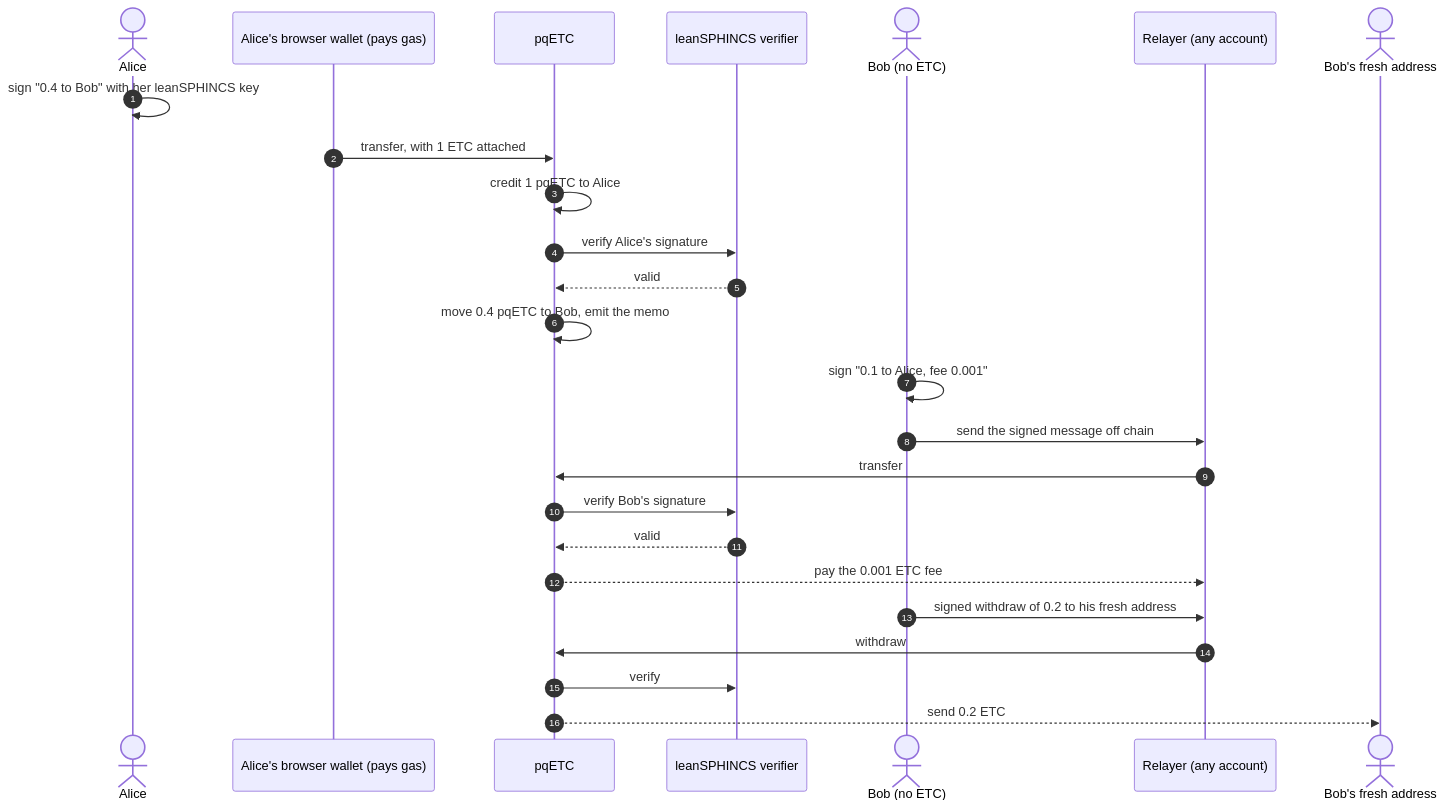
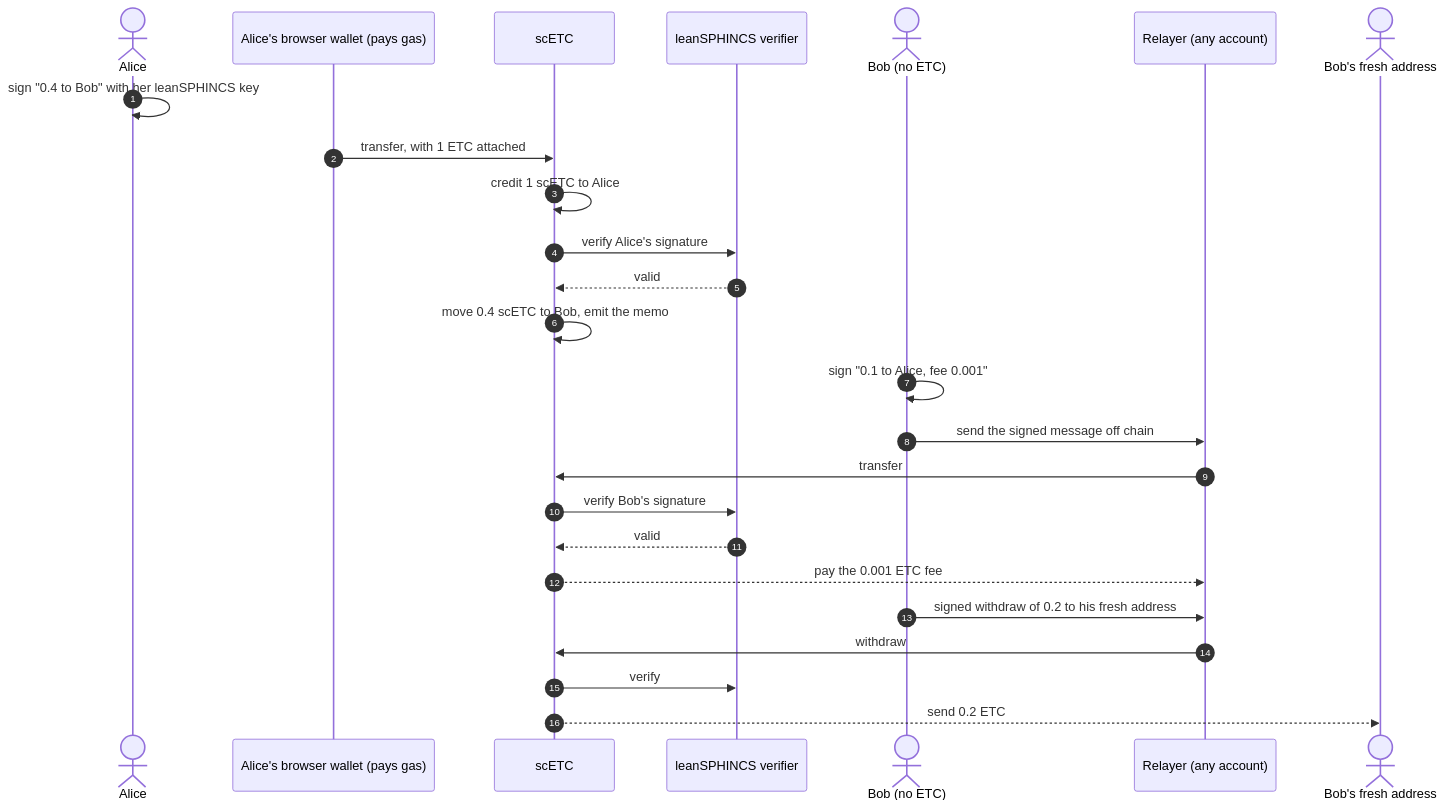
Before and after one commit to classix-dev/skinnyCAT: the diagram in README.md, drawn with Mermaid. The commit also changed other lines of this file and 6 other files, not shown here.

````diff
--- a/README.md
+++ b/README.md
@@ -25,30 +25,30 @@
 ```mermaid
 sequenceDiagram
     autonumber
     actor Alice
     participant AW as Alice's browser wallet (pays gas)
-    participant L as pqETC
+    participant L as scETC
     participant V as leanSPHINCS verifier
     actor Bob as Bob (no ETC)
     participant R as Relayer (any account)
     actor Fresh as Bob's fresh address
 
     Alice->>Alice: sign "0.4 to Bob" with her leanSPHINCS key
     AW->>L: transfer, with 1 ETC attached
-    L->>L: credit 1 pqETC to Alice
+    L->>L: credit 1 scETC to Alice
     L->>V: verify Alice's signature
     V-->>L: valid
-    L->>L: move 0.4 pqETC to Bob, emit the memo
+    L->>L: move 0.4 scETC to Bob, emit the memo
 
     Bob->>Bob: sign "0.1 to Alice, fee 0.001"
     Bob->>R: send the signed message off chain
     R->>L: transfer
     L->>V: verify Bob's signature
     V-->>L: valid
     L-->>R: pay the 0.001 ETC fee
 
     Bob->>R: signed withdraw of 0.2 to his fresh address
     R->>L: withdraw
     L->>V: verify
     L-->>Fresh: send 0.2 ETC
 ```
````
